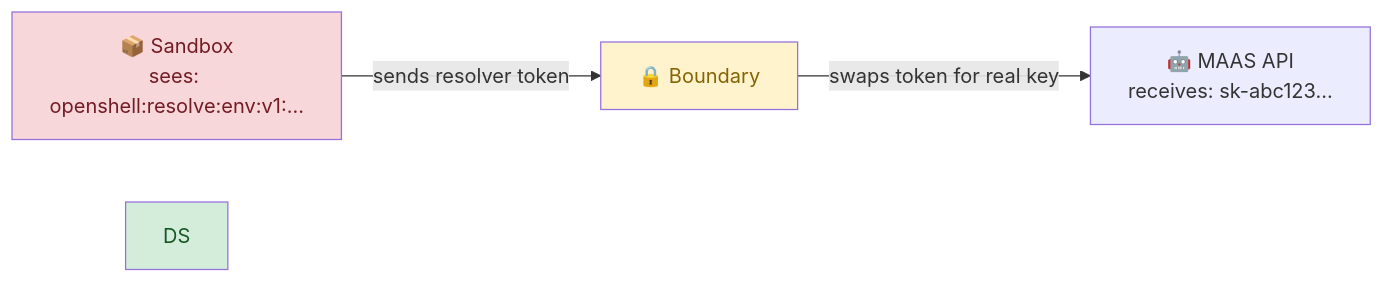
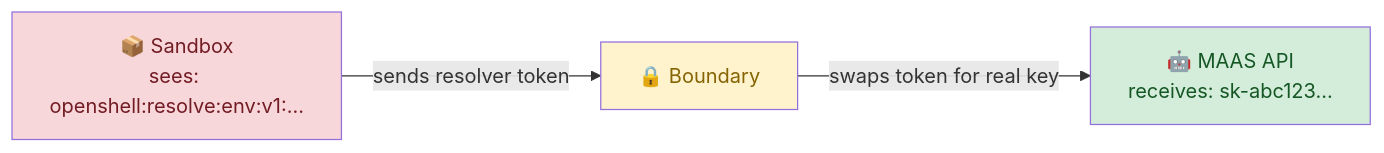
The fifth of 6 diagrams in docs/1-architecture/README.md (avijra/openshell-ztm-lab), drawn with Mermaid before and after one commit. The commit also changed other lines of this file and 3 other files, not shown here.

````diff
--- a/docs/1-architecture/README.md
+++ b/docs/1-architecture/README.md
@@ -125,10 +125,10 @@
 ```mermaid
 graph LR
     SB["📦 Sandbox<br/>sees: openshell:resolve:env:v1:..."]
     SB -->|"sends resolver token"| BND["🔒 Boundary"]
     BND -->|"swaps token for real key"| MAAS["🤖 MAAS API<br/>receives: sk-abc123..."]
 
     style SB fill:#f8d7da,color:#721c24
     style BND fill:#fff3cd,color:#856404
-    style DS fill:#d4edda,color:#155724
+    style MAAS fill:#d4edda,color:#155724
 ```
````
